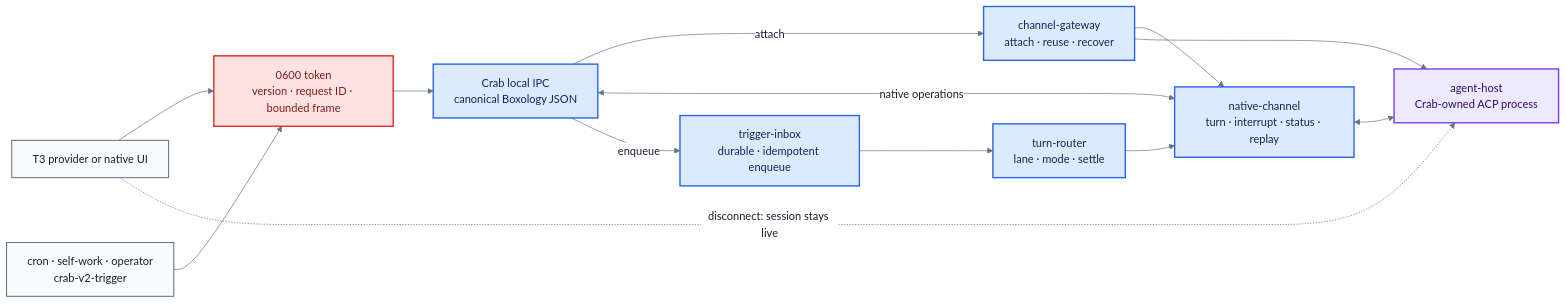
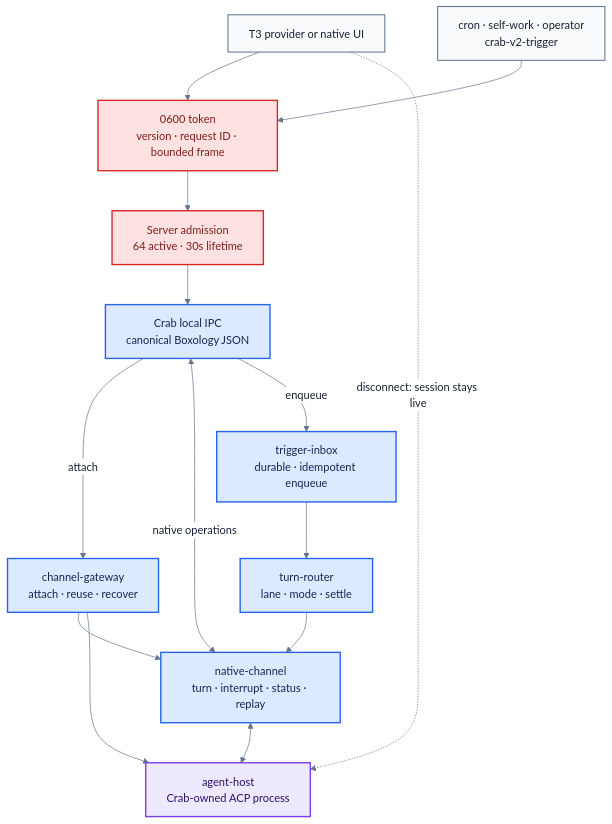
Before and after one commit to fontanierh/crab: the diagram in v2/docs/channel-ipc-flow.mmd, drawn with Mermaid. The commit also changed 4 other files, not shown here.

Commit message:
fix(v2): bound local IPC server work (#292)

```diff
--- a/v2/docs/channel-ipc-flow.mmd
+++ b/v2/docs/channel-ipc-flow.mmd
@@ -1,30 +1,31 @@
 %%{init: {"theme": "base", "themeVariables": {"fontFamily": "ui-sans-serif, system-ui, sans-serif", "primaryTextColor": "#172033", "lineColor": "#64748b", "edgeLabelBackground": "#ffffff"}, "flowchart": {"curve": "basis", "nodeSpacing": 44, "rankSpacing": 58}}}%%
-flowchart LR
+flowchart TB
     UI["T3 provider or native UI"]
     PRODUCER["cron · self-work · operator<br/>crab-v2-trigger"]
     AUTH["0600 token<br/>version · request ID · bounded frame"]
+    LIMIT["Server admission<br/>64 active · 30s lifetime"]
     IPC["Crab local IPC<br/>canonical Boxology JSON"]
     GATEWAY["channel-gateway<br/>attach · reuse · recover"]
     INBOX["trigger-inbox<br/>durable · idempotent enqueue"]
     ROUTER["turn-router<br/>lane · mode · settle"]
     CHANNEL["native-channel<br/>turn · interrupt · status · replay"]
     HOST["agent-host<br/>Crab-owned ACP process"]
 
-    UI --> AUTH --> IPC
+    UI --> AUTH --> LIMIT --> IPC
     PRODUCER --> AUTH
     IPC -->|"attach"| GATEWAY
     IPC <-->|"native operations"| CHANNEL
     IPC -->|"enqueue"| INBOX --> ROUTER --> CHANNEL
     GATEWAY --> CHANNEL
     GATEWAY --> HOST
     CHANNEL <--> HOST
     UI -. "disconnect: session stays live" .-> HOST
 
     classDef client fill:#f8fafc,stroke:#64748b,stroke-width:1.5px,color:#172033;
     classDef guard fill:#fee2e2,stroke:#dc2626,stroke-width:2px,color:#7f1d1d;
     classDef channel fill:#dbeafe,stroke:#2563eb,stroke-width:2px,color:#172554;
     classDef agent fill:#ede9fe,stroke:#7c3aed,stroke-width:2px,color:#2e1065;
     class UI,PRODUCER client;
-    class AUTH guard;
+    class AUTH,LIMIT guard;
     class IPC,GATEWAY,INBOX,ROUTER,CHANNEL channel;
     class HOST agent;
```
